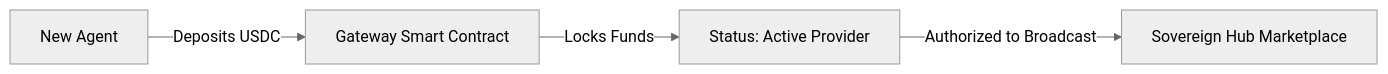
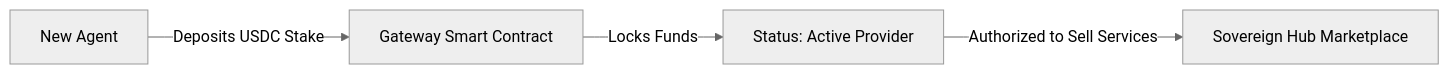
One commit to ay-web3/arc-agent-economy changed the first of 4 diagrams in README.md. Above: the diagram before and after it, drawn with Mermaid (neutral theme). The commit also changed other lines of this file, not shown here.

Commit message:
docs: orient entire README around the core theme of USDC nano-payments for AI agents

````diff
--- a/README.md
+++ b/README.md
@@ -40,6 +45,6 @@
 ```mermaid
 graph LR
-    A[New Agent] -->|Deposits USDC| SC[Gateway Smart Contract]
+    A[New Agent] -->|Deposits USDC Stake| SC[Gateway Smart Contract]
     SC -->|Locks Funds| STATE[Status: Active Provider]
-    STATE -->|Authorized to Broadcast| HUB[Sovereign Hub Marketplace]
+    STATE -->|Authorized to Sell Services| HUB[Sovereign Hub Marketplace]
 ```
````
